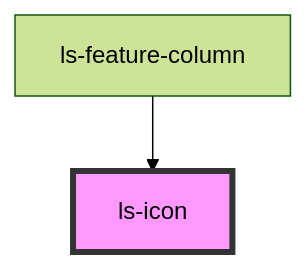
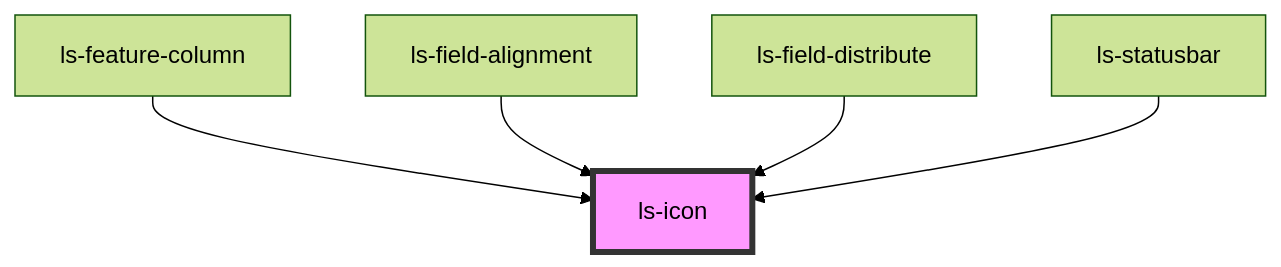
The diagram in src/components/ls-icon/readme.md (legalesign/ls-document-viewer), drawn with Mermaid (forest theme) before and after one commit. The commit also changed other lines of this file and 37 other files, not shown here.

````diff
--- a/src/components/ls-icon/readme.md
+++ b/src/components/ls-icon/readme.md
@@ -25,5 +28,8 @@
 ```mermaid
 graph TD;
   ls-feature-column --> ls-icon
+  ls-field-alignment --> ls-icon
+  ls-field-distribute --> ls-icon
+  ls-statusbar --> ls-icon
   style ls-icon fill:#f9f,stroke:#333,stroke-width:4px
 ```
````
